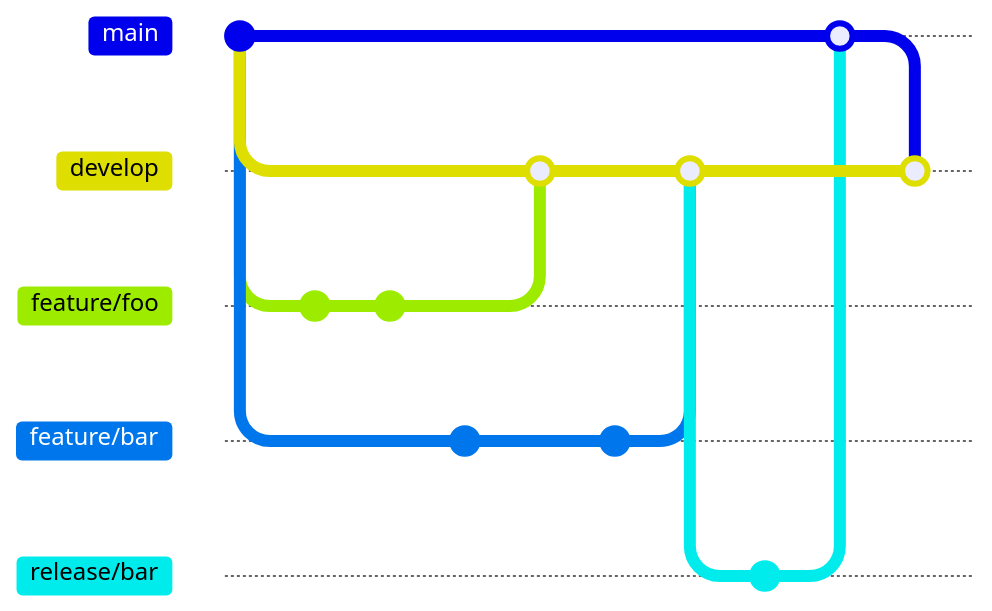
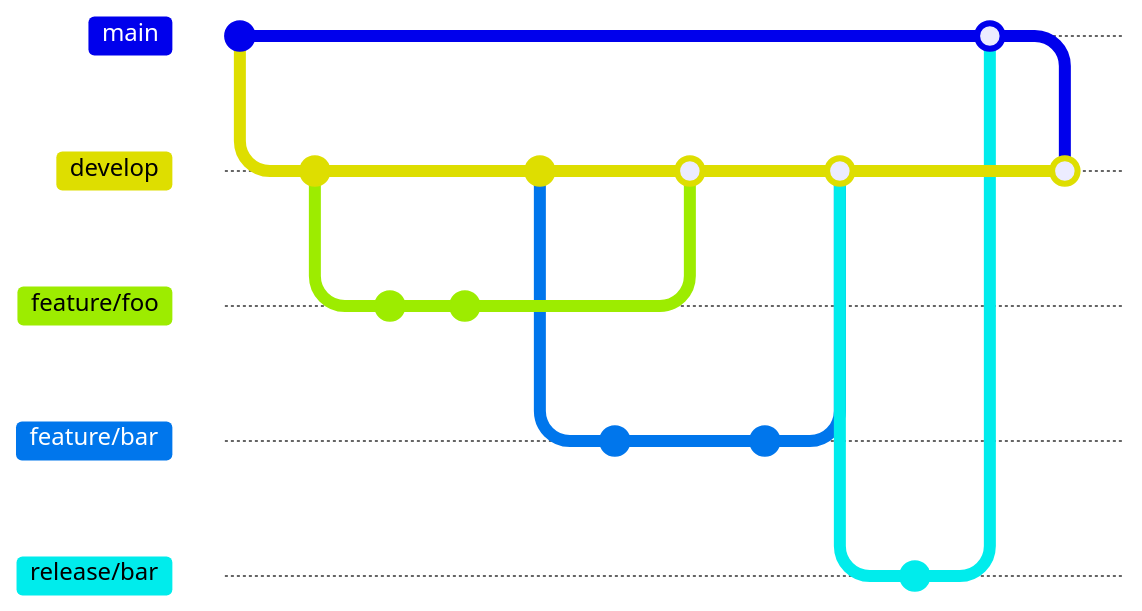
The diagram in docs/Git e GitHub/Branching e Merging.md (murilobeltrame/vsd-cloud-e-devops), drawn with Mermaid before and after one commit. Commit ids are hidden.

Commit message:
corrigindo grafico

````diff
--- a/docs/Git e GitHub/Branching e Merging.md
+++ b/docs/Git e GitHub/Branching e Merging.md
@@ -12,27 +12,29 @@
 ```mermaid
 gitGraph
     commit
     branch develop
     checkout develop
+    commit
     branch feature/foo
     checkout feature/foo
     commit
     commit
     checkout develop
+    commit
     branch feature/bar
     checkout feature/bar
     commit
     checkout develop
     merge feature/foo
     checkout feature/bar
     commit
     checkout develop
     merge feature/bar
     branch release/bar
     checkout release/bar
     commit
     checkout main
     merge release/bar
     checkout develop
     merge main
 ```
````
